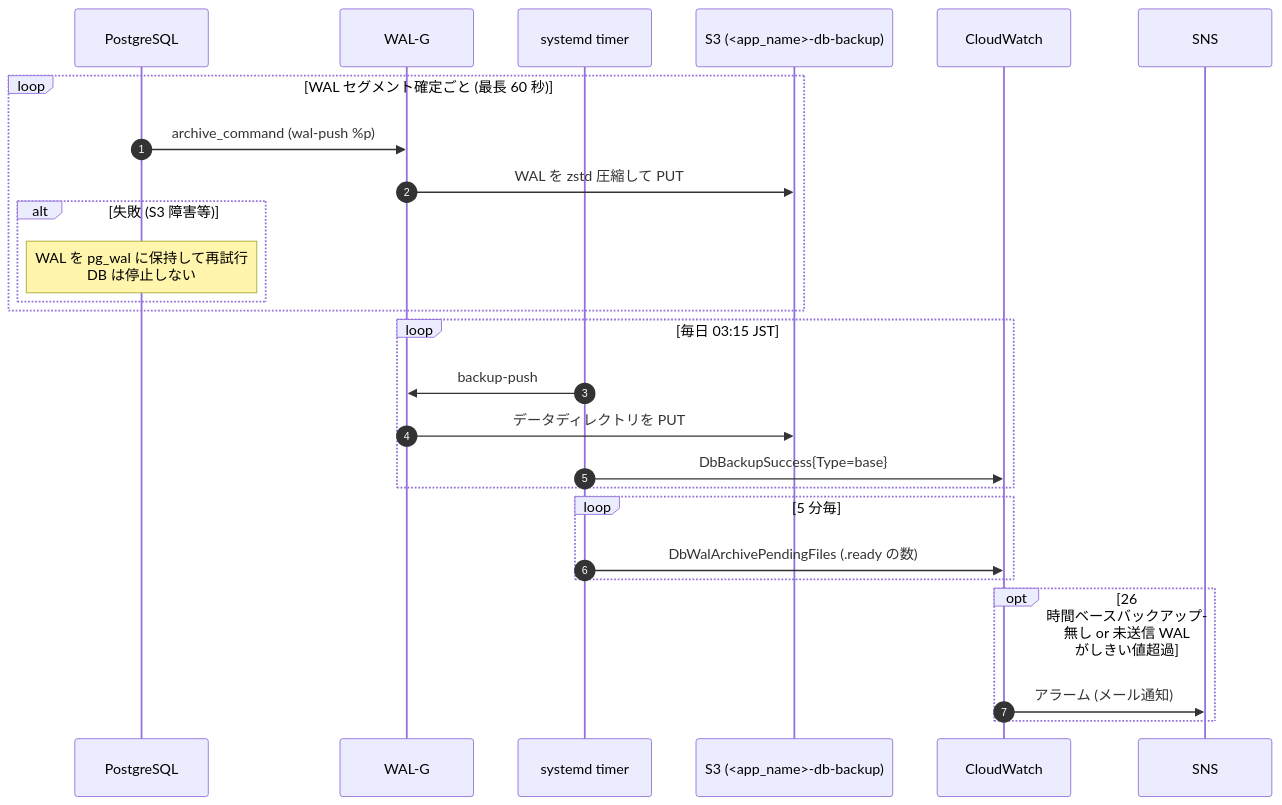
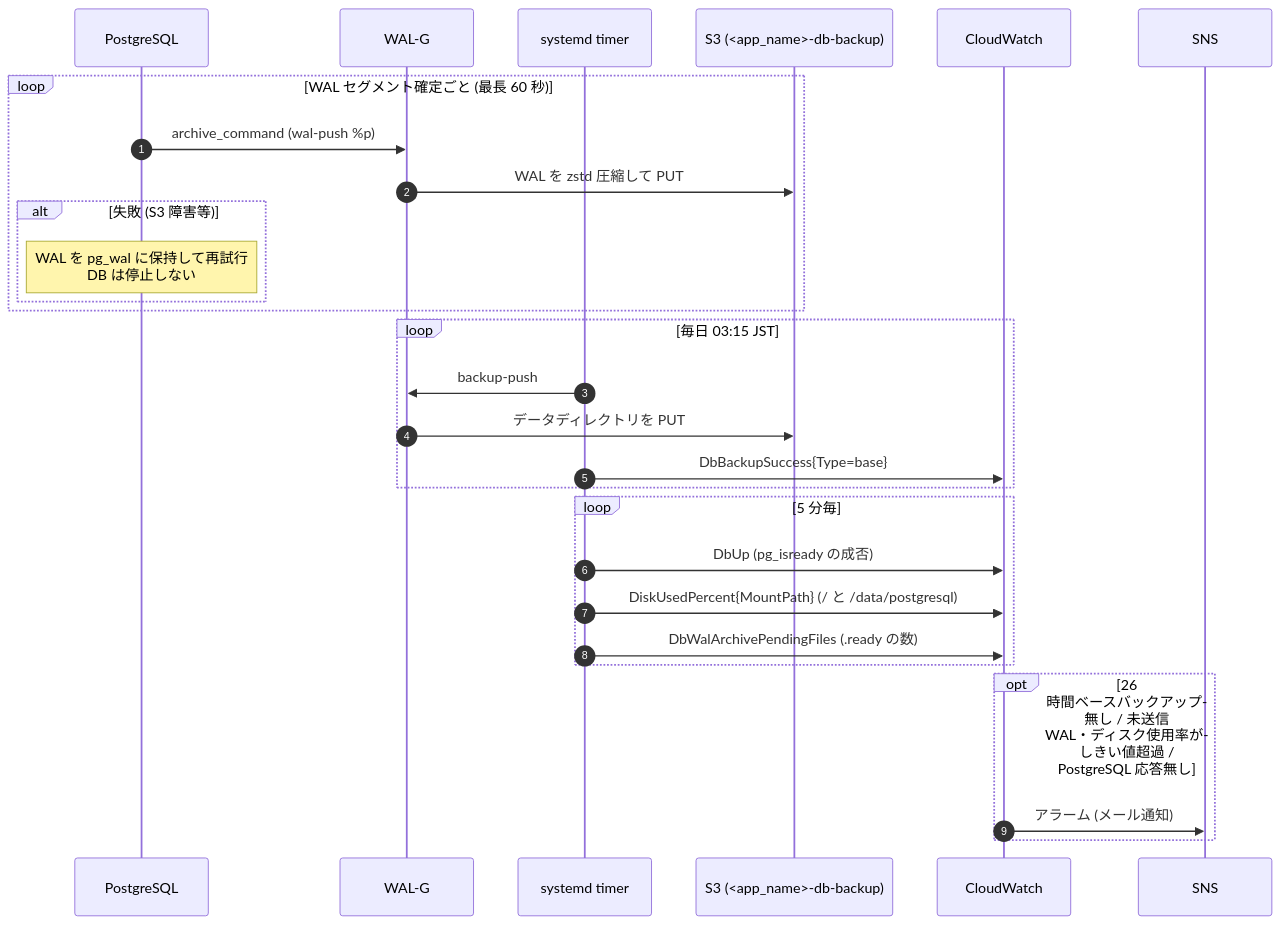
The first of 3 diagrams in infrastruture/docs/db-backup-recovery.md (doguto/nari-note), drawn with Mermaid before and after one commit. The commit also changed other lines of this file and 4 other files, not shown here.

Commit message:
Feat: PostgreSQL のディスク使用率と死活の監視を追加

````diff
--- a/infrastruture/docs/db-backup-recovery.md
+++ b/infrastruture/docs/db-backup-recovery.md
@@ -29,32 +29,34 @@
 ```mermaid
 sequenceDiagram
     autonumber
     participant PG as PostgreSQL
     participant WG as WAL-G
     participant TM as systemd timer
     participant S3 as S3 (<app_name>-db-backup)
     participant CW as CloudWatch
     participant SNS as SNS
 
     loop WAL セグメント確定ごと (最長 60 秒)
         PG->>WG: archive_command (wal-push %p)
         WG->>S3: WAL を zstd 圧縮して PUT
         alt 失敗 (S3 障害等)
             Note over PG: WAL を pg_wal に保持して再試行<br/>DB は停止しない
         end
     end
 
     loop 毎日 03:15 JST
         TM->>WG: backup-push
         WG->>S3: データディレクトリを PUT
         TM->>CW: DbBackupSuccess{Type=base}
     end
 
     loop 5 分毎
+        TM->>CW: DbUp (pg_isready の成否)
+        TM->>CW: DiskUsedPercent{MountPath} (/ と /data/postgresql)
         TM->>CW: DbWalArchivePendingFiles (.ready の数)
     end
 
-    opt 26 時間ベースバックアップ無し or 未送信 WAL がしきい値超過
+    opt 26 時間ベースバックアップ無し / 未送信 WAL・ディスク使用率がしきい値超過 / PostgreSQL 応答無し
         CW->>SNS: アラーム (メール通知)
     end
 ```
````
